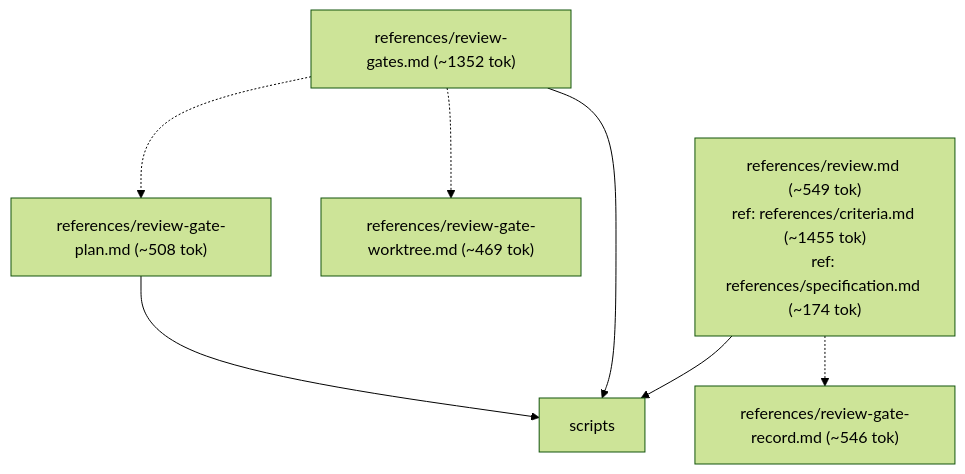
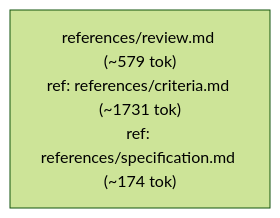
One commit to alecegg/varde changed the fifth of 5 diagrams in skills/varde-agent-doc-authoring/FLOW.md. Above: the diagram before and after it, drawn with Mermaid (forest theme). The commit also changed other lines of this file and 1293 other files, not shown here.

````diff
--- a/skills/varde-agent-doc-authoring/FLOW.md
+++ b/skills/varde-agent-doc-authoring/FLOW.md
@@ -44,15 +53,4 @@
 ```mermaid
 flowchart TD
-  n0["references/review-gate-plan.md (~508 tok)"]
-  n1["references/review-gate-record.md (~546 tok)"]
-  n2["references/review-gate-worktree.md (~469 tok)"]
-  n3["references/review-gates.md (~1352 tok)"]
-  n4["references/review.md (~549 tok)<br/>ref: references/criteria.md (~1455 tok)<br/>ref: references/specification.md (~174 tok)"]
-  n5["scripts"]
-  n0 --> n5
-  n3 -.-> n0
-  n3 -.-> n2
-  n3 --> n5
-  n4 -.-> n1
-  n4 --> n5
+  n0["references/review.md (~579 tok)<br/>ref: references/criteria.md (~1731 tok)<br/>ref: references/specification.md (~174 tok)"]
 ```
````
